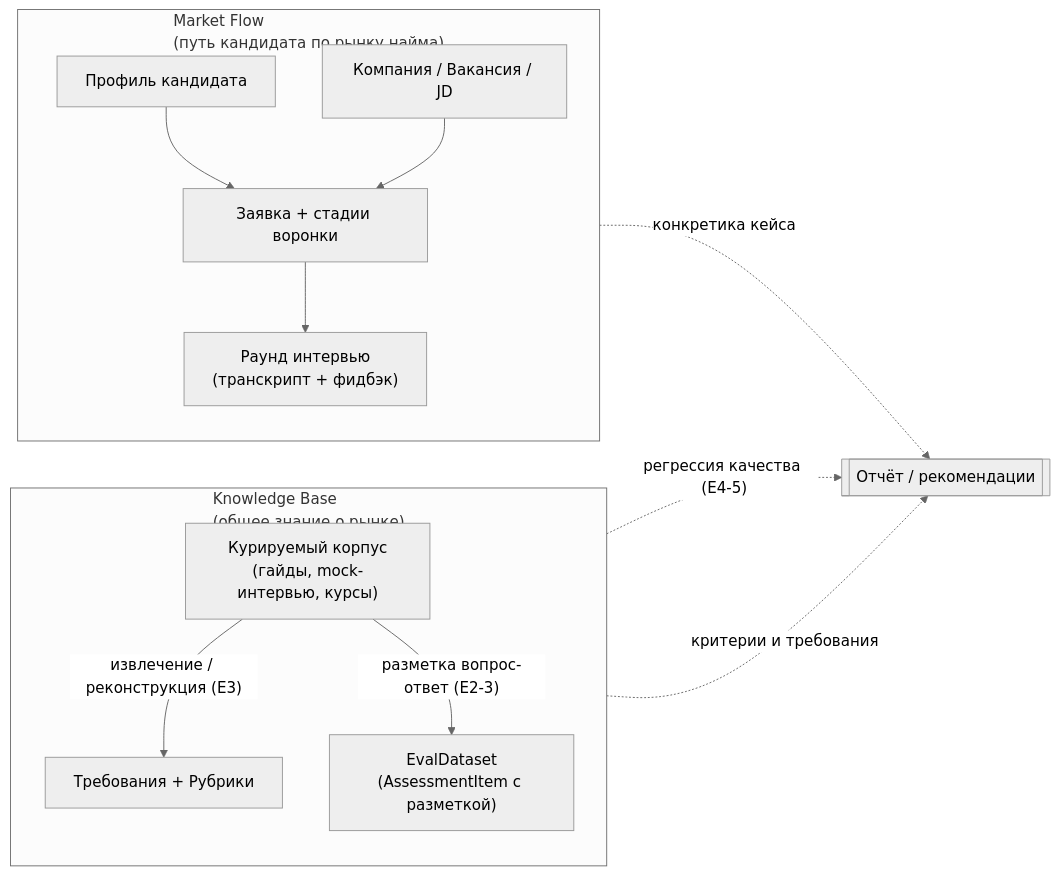
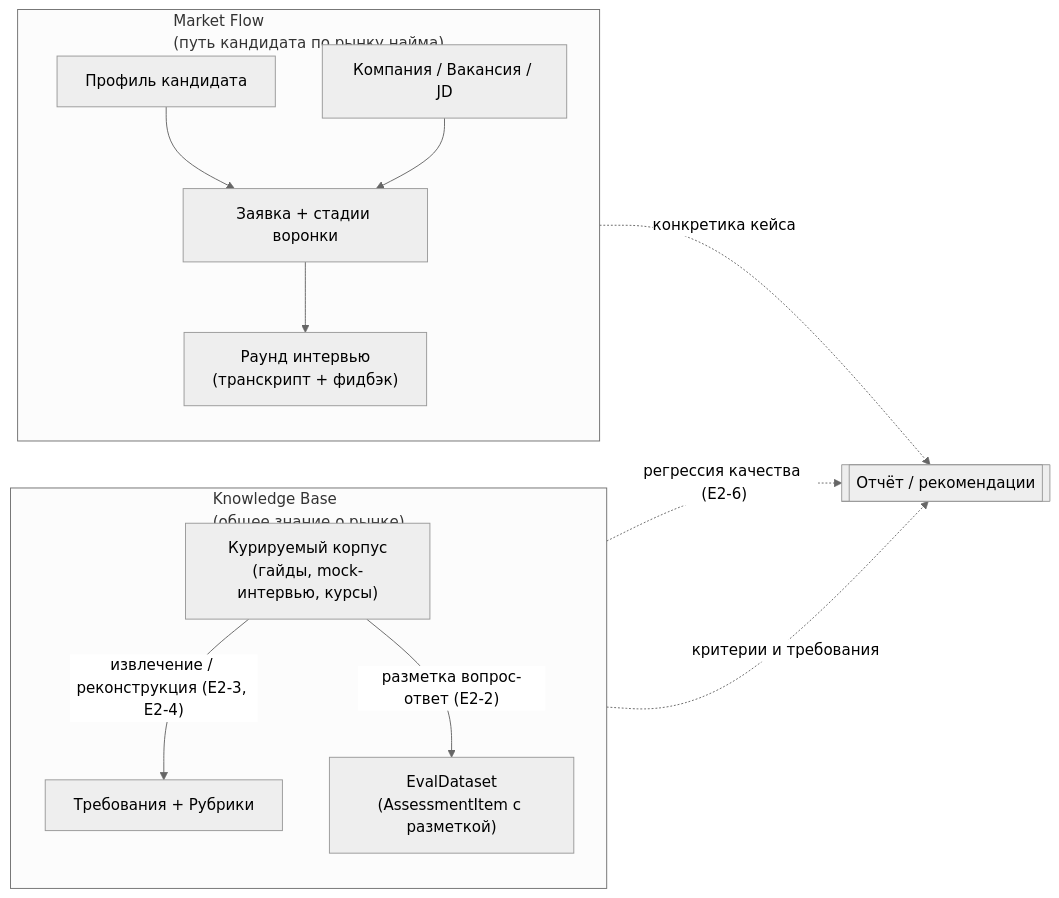
Before and after one commit to margomrkv/interview-debrief-assistant: the first of 4 diagrams in md/spec.md, drawn with Mermaid (neutral theme). The commit also changed other lines of this file and 1 other file, not shown here.

Commit message:
reordered cases, moved out postponed

````diff
--- a/md/spec.md
+++ b/md/spec.md
@@ -44,26 +48,26 @@
 ```mermaid
 flowchart LR
     subgraph MF["Market Flow<br/>(путь кандидата по рынку найма)"]
         direction TB
         MF1["Профиль кандидата"]
         MF2["Компания / Вакансия / JD"]
         MF3["Заявка + стадии воронки"]
         MF4["Раунд интервью<br/>(транскрипт + фидбэк)"]
         MF1 --> MF3
         MF2 --> MF3
         MF3 --> MF4
     end
 
     subgraph KB["Knowledge Base<br/>(общее знание о рынке)"]
         direction TB
         KB1["Курируемый корпус<br/>(гайды, mock-интервью, курсы)"]
         KB2["Требования + Рубрики"]
         KB3["EvalDataset<br/>(AssessmentItem с разметкой)"]
-        KB1 -- "извлечение / реконструкция (E3)" --> KB2
-        KB1 -- "разметка вопрос-ответ (E2-3)" --> KB3
+        KB1 -- "извлечение / реконструкция (E2-3, E2-4)" --> KB2
+        KB1 -- "разметка вопрос-ответ (E2-2)" --> KB3
     end
 
     MF -. "конкретика кейса" .-> OUT[["Отчёт / рекомендации"]]
     KB -. "критерии и требования" .-> OUT
-    KB3 -. "регрессия качества (E4-5)" .-> OUT
+    KB3 -. "регрессия качества (E2-6)" .-> OUT
 ```
````
